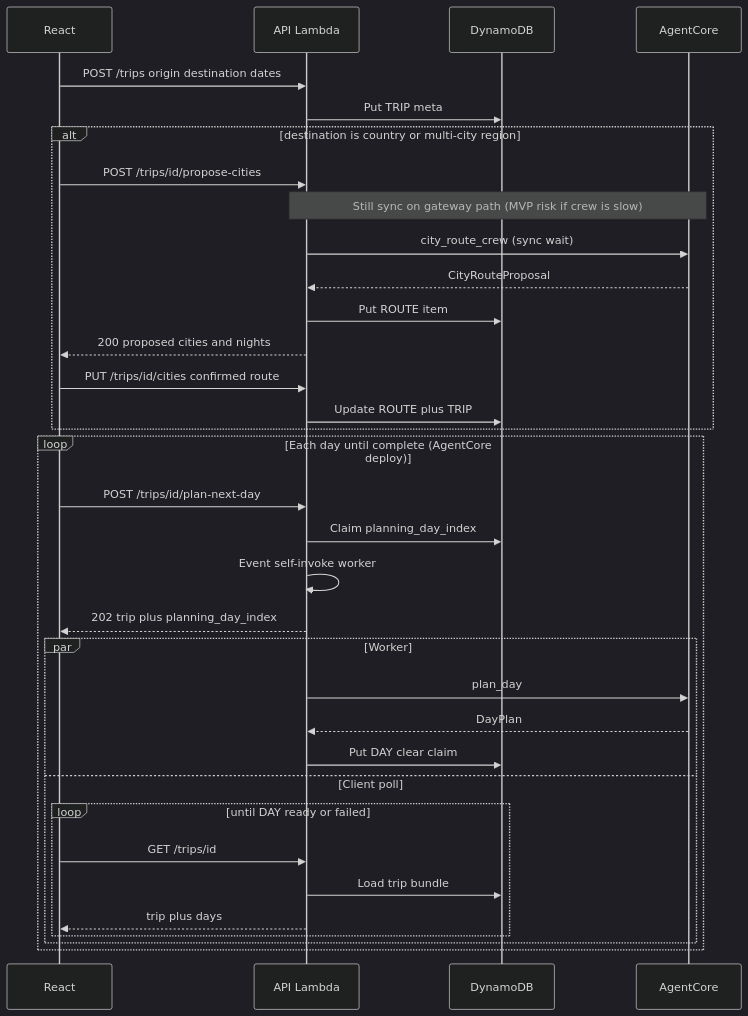
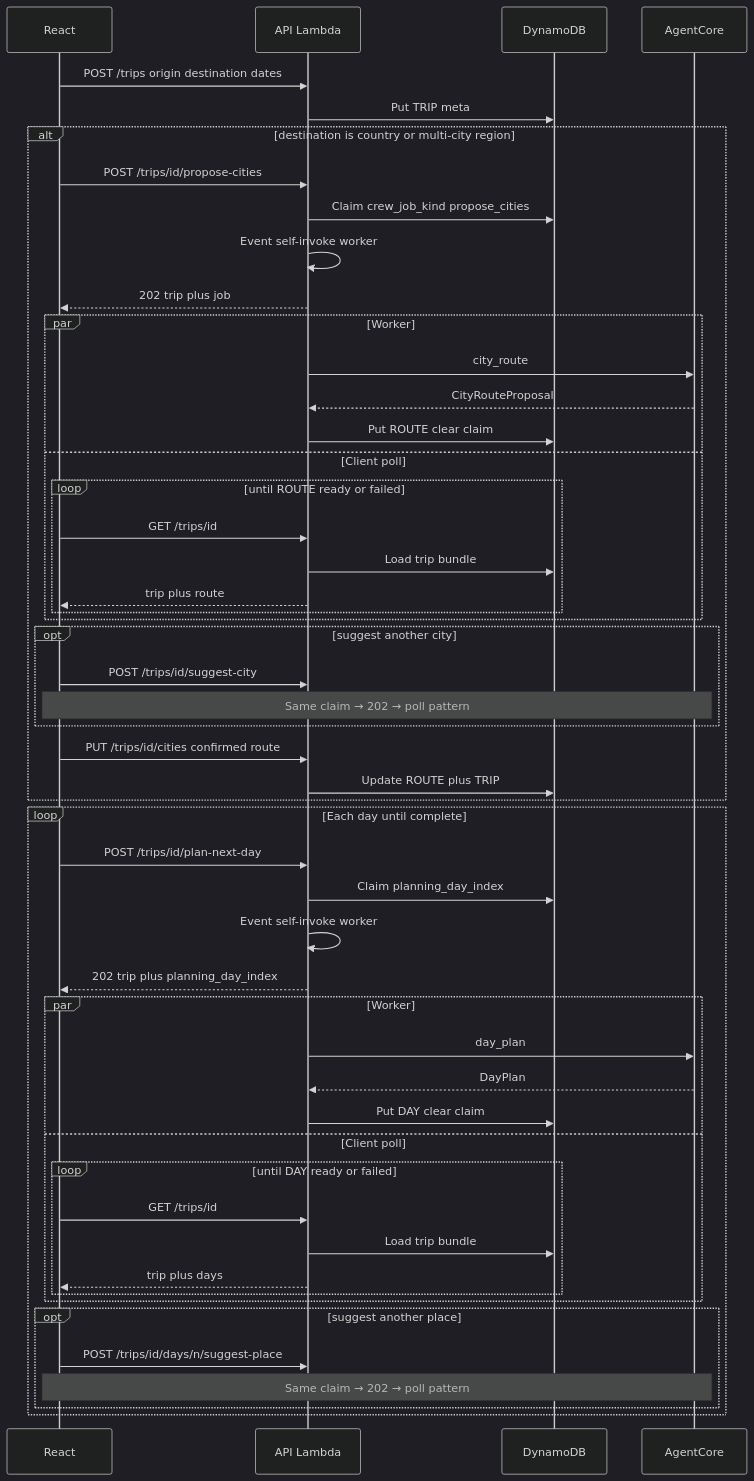
One commit to YukiUmetsu/vacation-planner-crewai changed the second of 2 diagrams in README.md. Above: the diagram before and after it, drawn with Mermaid (dark theme). The commit also changed other lines of this file and 9 other files, not shown here.

````diff
--- a/README.md
+++ b/README.md
@@ -108,37 +138,54 @@
 ```mermaid
 sequenceDiagram
   participant UI as React
   participant API as API Lambda
   participant DDB as DynamoDB
   participant AC as AgentCore
 
   UI->>API: POST /trips origin destination dates
   API->>DDB: Put TRIP meta
   alt destination is country or multi-city region
     UI->>API: POST /trips/id/propose-cities
-    Note over API,AC: Still sync on gateway path (MVP risk if crew is slow)
-    API->>AC: city_route_crew (sync wait)
-    AC-->>API: CityRouteProposal
-    API->>DDB: Put ROUTE item
-    API-->>UI: 200 proposed cities and nights
+    API->>DDB: Claim crew_job_kind propose_cities
+    API->>API: Event self-invoke worker
+    API-->>UI: 202 trip plus job
+    par Worker
+      API->>AC: city_route
+      AC-->>API: CityRouteProposal
+      API->>DDB: Put ROUTE clear claim
+    and Client poll
+      loop until ROUTE ready or failed
+        UI->>API: GET /trips/id
+        API->>DDB: Load trip bundle
+        API-->>UI: trip plus route
+      end
+    end
+    opt suggest another city
+      UI->>API: POST /trips/id/suggest-city
+      Note over UI,AC: Same claim → 202 → poll pattern
+    end
     UI->>API: PUT /trips/id/cities confirmed route
     API->>DDB: Update ROUTE plus TRIP
   end
-  loop Each day until complete (AgentCore deploy)
+  loop Each day until complete
     UI->>API: POST /trips/id/plan-next-day
     API->>DDB: Claim planning_day_index
     API->>API: Event self-invoke worker
     API-->>UI: 202 trip plus planning_day_index
     par Worker
-      API->>AC: plan_day
+      API->>AC: day_plan
       AC-->>API: DayPlan
       API->>DDB: Put DAY clear claim
     and Client poll
       loop until DAY ready or failed
         UI->>API: GET /trips/id
         API->>DDB: Load trip bundle
         API-->>UI: trip plus days
       end
     end
+    opt suggest another place
+      UI->>API: POST /trips/id/days/n/suggest-place
+      Note over UI,AC: Same claim → 202 → poll pattern
+    end
   end
 ```
````
